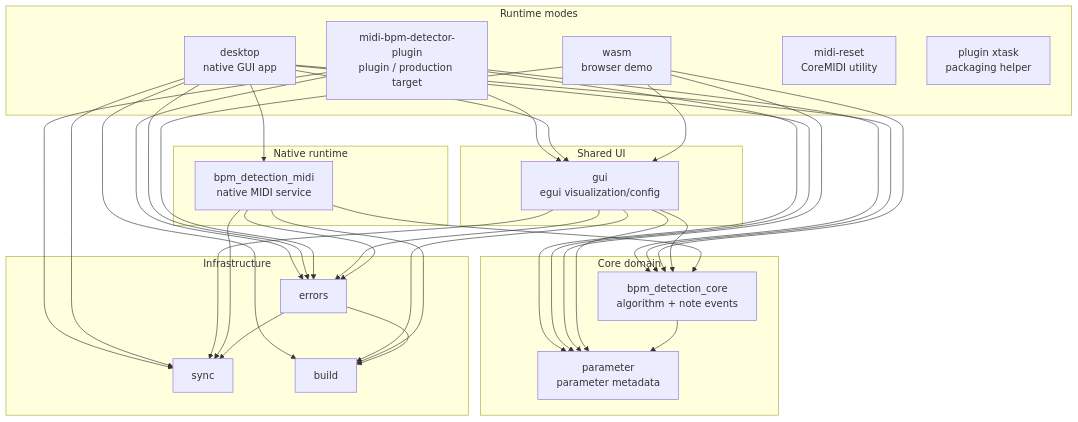
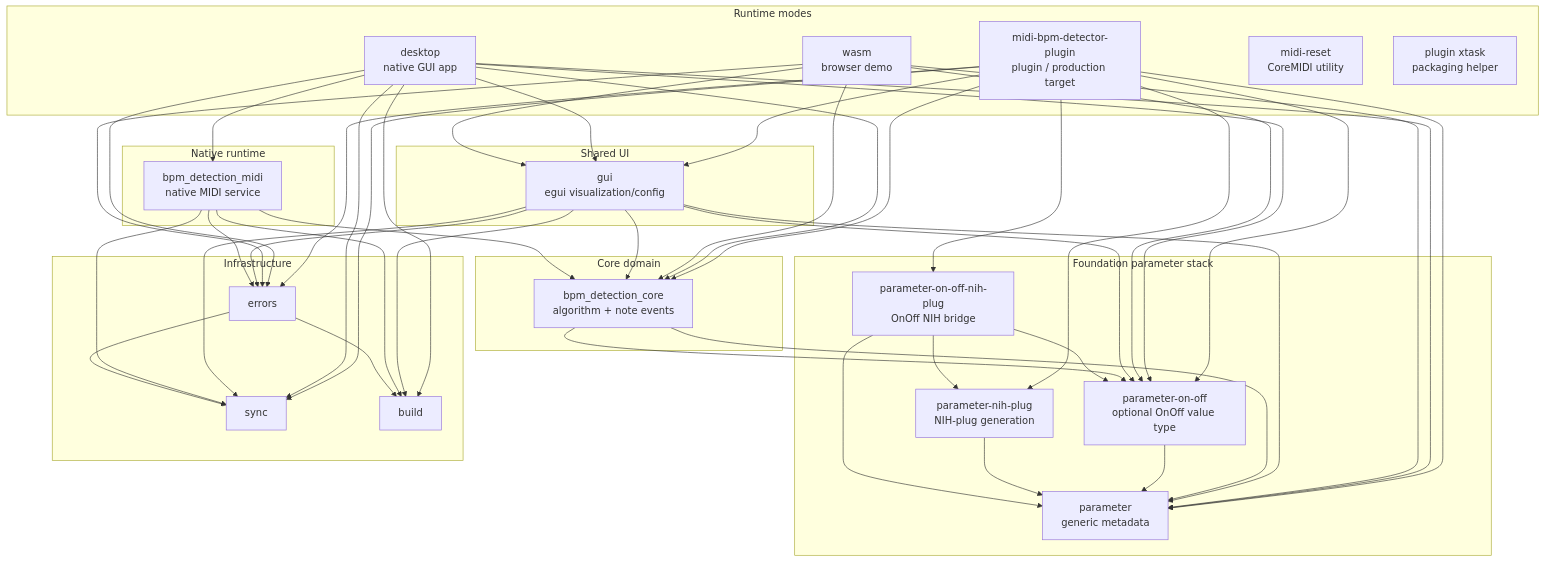
One commit to valsteen/midi_bpm_detection changed the diagram in docs/architecture.md. Above: the diagram before and after it, drawn with Mermaid. The commit also changed other lines of this file and 63 other files, not shown here.

Commit message:
Move parameter stack into foundation

````diff
--- a/docs/architecture.md
+++ b/docs/architecture.md
@@ -46,63 +46,81 @@
 ```mermaid
 flowchart TD
     subgraph modes["Runtime modes"]
         plugin["midi-bpm-detector-plugin<br/>plugin / production target"]
         desktop["desktop<br/>native GUI app"]
         wasm["wasm<br/>browser demo"]
         midi_reset["midi-reset<br/>CoreMIDI utility"]
         xtask["plugin xtask<br/>packaging helper"]
     end
 
     subgraph shared_ui["Shared UI"]
         gui["gui<br/>egui visualization/config"]
     end
 
     subgraph native_runtime["Native runtime"]
         midi["bpm_detection_midi<br/>native MIDI service"]
     end
 
     subgraph domain["Core domain"]
         core["bpm_detection_core<br/>algorithm + note events"]
-        parameter["parameter<br/>parameter metadata"]
+    end
+
+    subgraph foundation["Foundation parameter stack"]
+        parameter["parameter<br/>generic metadata"]
+        parameter_on_off["parameter-on-off<br/>optional OnOff value type"]
+        parameter_nih["parameter-nih-plug<br/>NIH-plug generation"]
+        parameter_on_off_nih["parameter-on-off-nih-plug<br/>OnOff NIH bridge"]
     end
 
     subgraph infra["Infrastructure"]
         errors["errors"]
         sync["sync"]
         build["build"]
     end
 
     plugin --> core
     plugin --> gui
     plugin --> parameter
+    plugin --> parameter_on_off
+    plugin --> parameter_nih
+    plugin --> parameter_on_off_nih
     plugin --> errors
     plugin --> sync
 
     desktop --> gui
     desktop --> midi
     desktop --> core
     desktop --> parameter
+    desktop --> parameter_on_off
     desktop --> errors
     desktop --> sync
     desktop --> build
 
     wasm --> gui
     wasm --> core
     wasm --> parameter
+    wasm --> parameter_on_off
     wasm --> errors
 
     gui --> core
     gui --> parameter
+    gui --> parameter_on_off
     gui --> errors
     gui --> sync
     gui --> build
 
     midi --> core
     midi --> errors
     midi --> sync
     midi --> build
 
     core --> parameter
+    core --> parameter_on_off
+    parameter_on_off --> parameter
+    parameter_nih --> parameter
+    parameter_on_off_nih --> parameter
+    parameter_on_off_nih --> parameter_on_off
+    parameter_on_off_nih --> parameter_nih
     errors --> sync
     errors --> build
 ```
````
